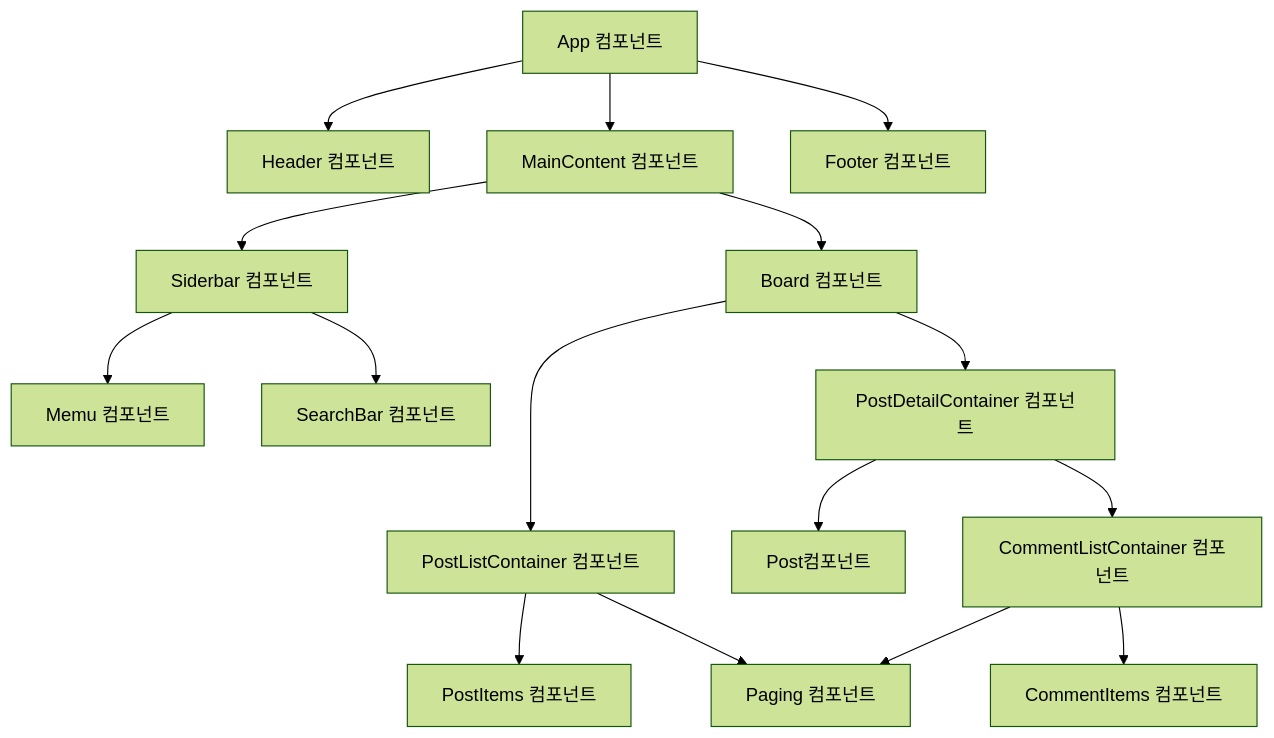
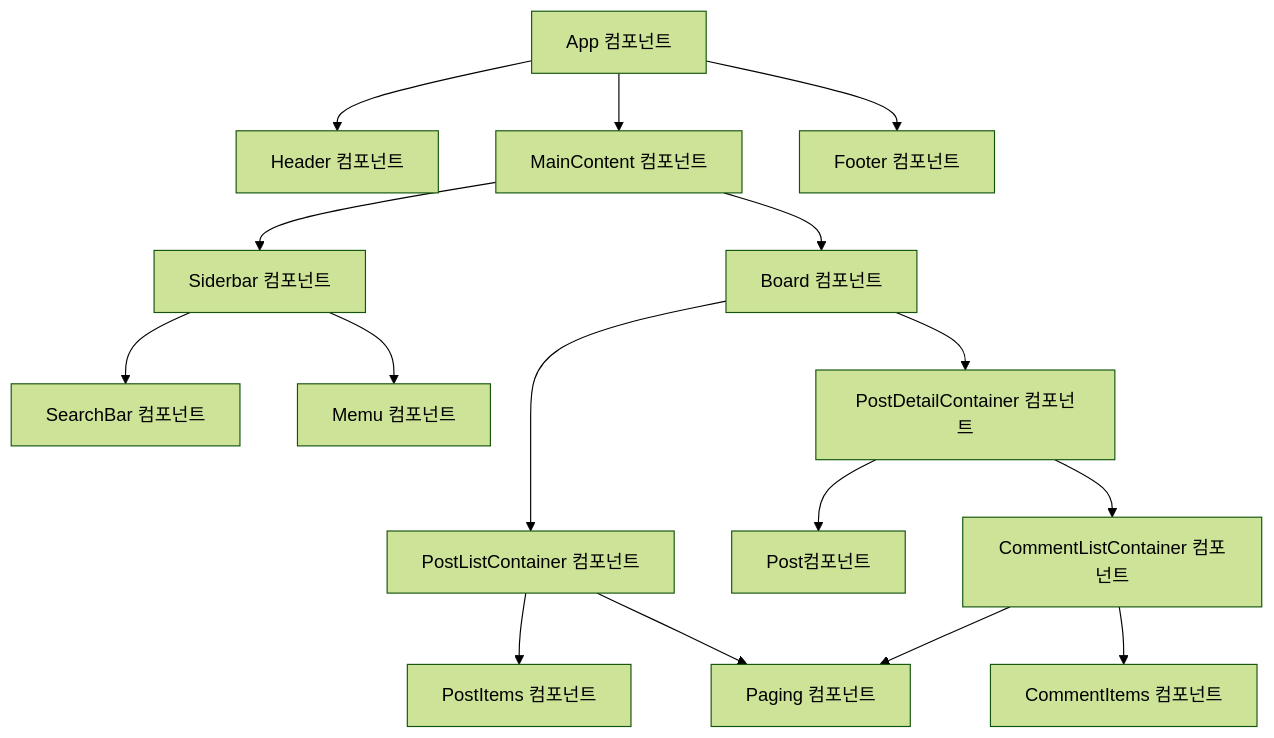
The diagram in 3.컴포넌트.md (eungsu/react-study), drawn with Mermaid (forest theme) before and after one commit. The commit also changed other lines of this file and 2 other files, not shown here.

Commit message:
컴포넌트

````diff
--- a/3.컴포넌트.md
+++ b/3.컴포넌트.md
@@ -32,18 +32,18 @@
 ```mermaid
 graph TD
     App[App 컴포넌트] --> Header[Header 컴포넌트]
     App --> MainContent[MainContent 컴포넌트]
     App --> Footer[Footer 컴포넌트]
     MainContent --> Sidebar[Siderbar 컴포넌트]
     MainContent --> Board[Board 컴포넌트]
+    Sidebar --> SearchBar[SearchBar 컴포넌트]
     Sidebar --> Menu[Memu 컴포넌트]
-    Sidebar --> SearchBar[SearchBar 컴포넌트]
     Board --> PostListContainer[PostListContainer 컴포넌트]
     PostListContainer --> PostItems[PostItems 컴포넌트]
     PostListContainer --> Paging[Paging 컴포넌트]
     Board --> PostDetailContainer[PostDetailContainer 컴포넌트]
     PostDetailContainer --> Post[Post컴포넌트]
     PostDetailContainer --> CommentListContainer[CommentListContainer 컴포넌트]
     CommentListContainer --> CommentItems[CommentItems 컴포넌트]
     CommentListContainer --> Paging[Paging 컴포넌트]
 ```
````
